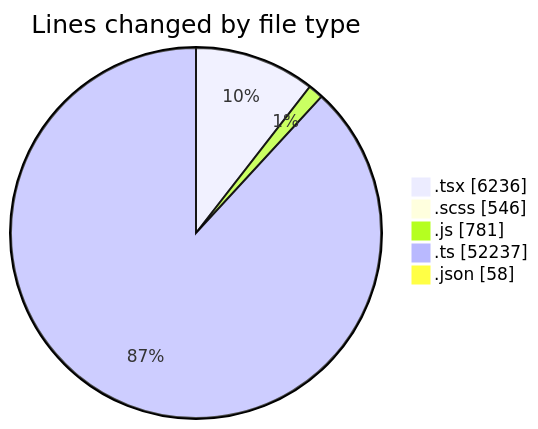
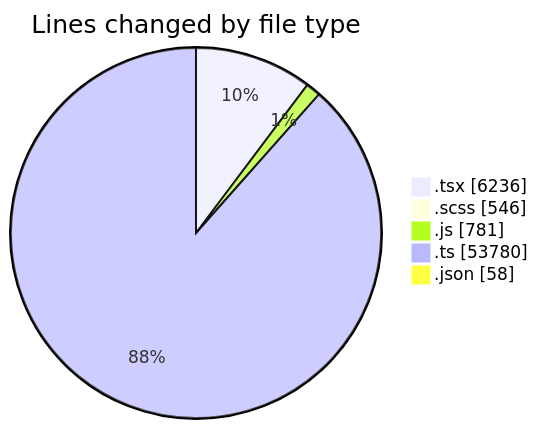
Before and after one commit to momahboobian/code-tracking: the first of 2 diagrams in 2025-11-11/cda/README.md, drawn with Mermaid. The commit also changed other lines of this file and 1 other file, not shown here.

````diff
--- a/2025-11-11/cda/README.md
+++ b/2025-11-11/cda/README.md
@@ -41,9 +42,9 @@
 ```mermaid
 pie showData
 title Lines changed by file type
 ".tsx" : 6236
 ".scss" : 546
 ".js" : 781
-".ts" : 52237
+".ts" : 53780
 ".json" : 58
 ```
````
